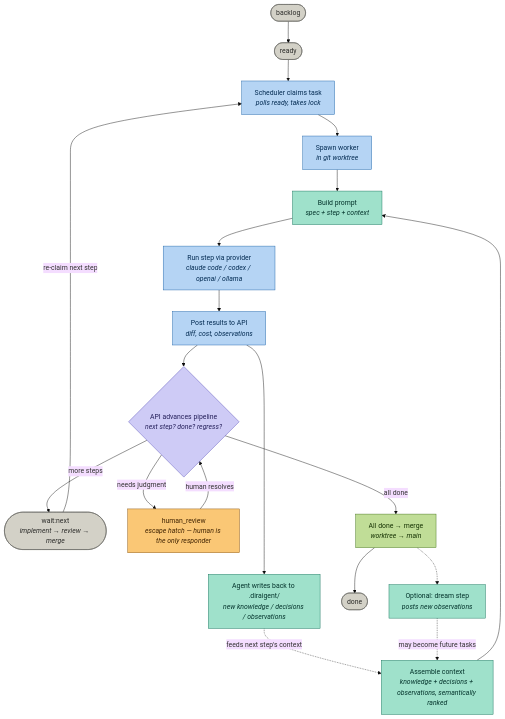
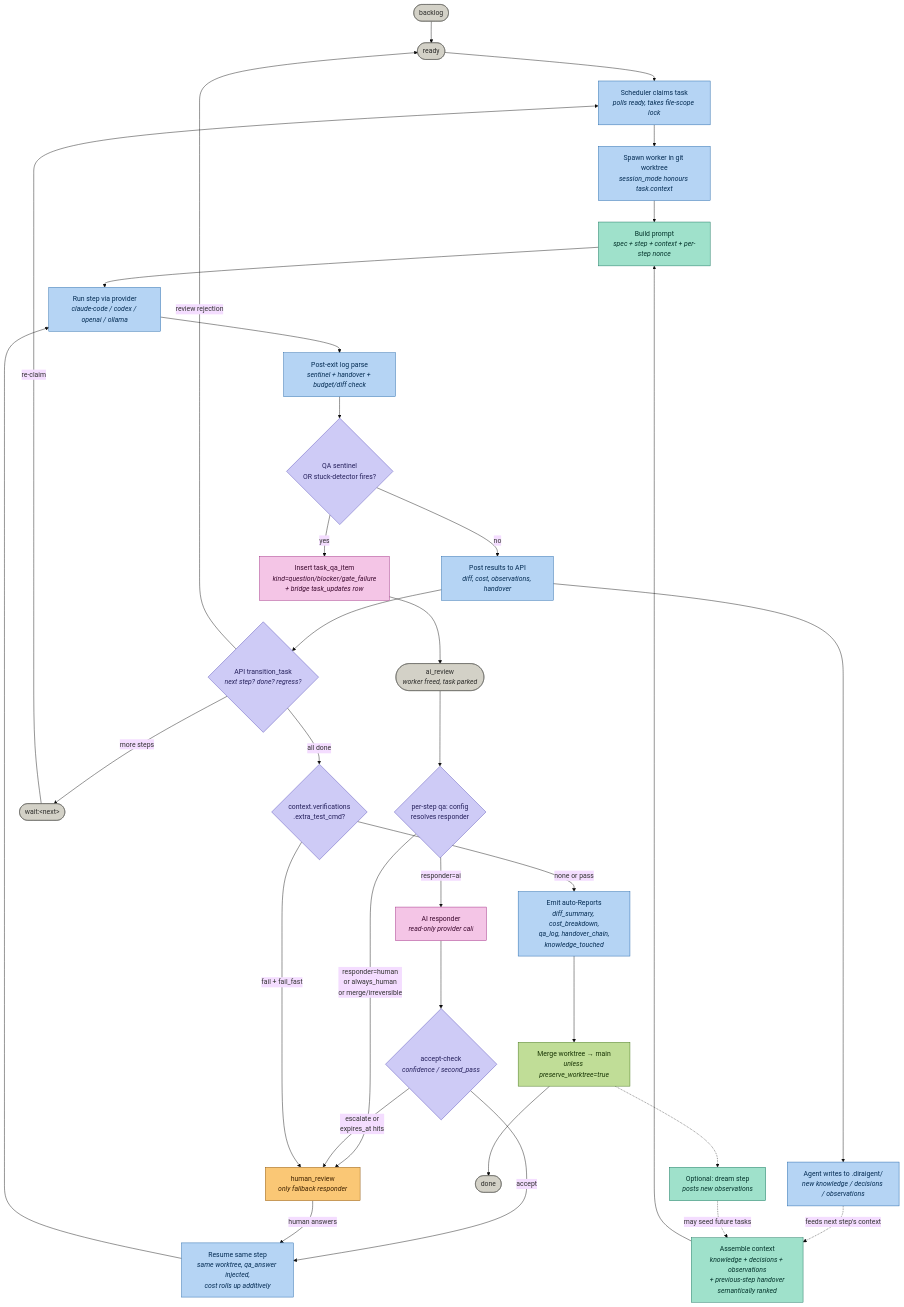
The first of 2 diagrams in diraigent-overview.md (NubeDev/agent-less), drawn with Mermaid (base theme) before and after one commit. The commit also changed other lines of this file and 1 other file, not shown here.

````diff
--- a/diraigent-overview.md
+++ b/diraigent-overview.md
@@ -11,39 +15,57 @@
 ```mermaid
 flowchart TD
     backlog([backlog]) --> ready([ready])
-    ready --> claim["Scheduler claims task<br/><i>polls ready, takes lock</i>"]
-    claim --> spawn["Spawn worker<br/><i>in git worktree</i>"]
+    ready --> claim["Scheduler claims task<br/><i>polls ready, takes file-scope lock</i>"]
+    claim --> spawn["Spawn worker in git worktree<br/><i>session_mode honours task.context</i>"]
 
-    ctx["Assemble context<br/><i>knowledge + decisions + observations, semantically ranked</i>"] --> prompt["Build prompt<br/><i>spec + step + context</i>"]
+    ctx["Assemble context<br/><i>knowledge + decisions + observations<br/>+ previous-step handover<br/>semantically ranked</i>"] --> prompt["Build prompt<br/><i>spec + step + context + per-step nonce</i>"]
     spawn --> prompt
-    prompt --> run["Run step via provider<br/><i>claude code / codex / openai / ollama</i>"]
-    run --> post["Post results to API<br/><i>diff, cost, observations</i>"]
+    prompt --> run["Run step via provider<br/><i>claude-code / codex / openai / ollama</i>"]
+    run --> postexit["Post-exit log parse<br/><i>sentinel + handover + budget/diff check</i>"]
 
-    post --> writeback["Agent writes back to .diraigent/<br/><i>new knowledge / decisions / observations</i>"]
-    writeback -. "feeds next step's context" .-> ctx
+    postexit --> qaDetect{"QA sentinel<br/>OR stuck-detector fires?"}
+    qaDetect -- "no" --> writeback["Post results to API<br/><i>diff, cost, observations, handover</i>"]
+    qaDetect -- "yes" --> qaItem["Insert task_qa_item<br/><i>kind=question/blocker/gate_failure<br/>+ bridge task_updates row</i>"]
 
-    post --> advance{"API advances pipeline<br/><i>next step? done? regress?</i>"}
-    advance -- "more steps" --> waitnext(["wait:next<br/><i>implement → review → merge</i>"])
-    waitnext -- "re-claim next step" --> claim
-    advance -- "needs judgment" --> human["human_review<br/><i>escape hatch — human is the only responder</i>"]
-    human -- "human resolves" --> advance
-    advance -- "all done" --> merge["All done → merge<br/><i>worktree → main</i>"]
+    qaItem --> aireview(["ai_review<br/><i>worker freed, task parked</i>"])
+    aireview --> qaConfig{"per-step qa: config<br/>resolves responder"}
+    qaConfig -- "responder=ai" --> air["AI responder<br/><i>read-only provider call</i>"]
+    qaConfig -- "responder=human<br/>or always_human<br/>or merge/irreversible" --> human
+    air --> accept{"accept-check<br/><i>confidence / second_pass</i>"}
+    accept -- "accept" --> resume["Resume same step<br/><i>same worktree, qa_answer injected,<br/>cost rolls up additively</i>"]
+    accept -- "escalate or<br/>expires_at hits" --> human["human_review<br/><i>only fallback responder</i>"]
+    human -- "human answers" --> resume
+    resume --> run
+
+    writeback --> writebackRepo["Agent writes to .diraigent/<br/><i>new knowledge / decisions / observations</i>"]
+    writebackRepo -. "feeds next step's context" .-> ctx
+
+    writeback --> advance{"API transition_task<br/><i>next step? done? regress?</i>"}
+    advance -- "more steps" --> waitnext(["wait:&lt;next&gt;"])
+    waitnext -- "re-claim" --> claim
+    advance -- "review rejection" --> ready
+    advance -- "all done" --> verify{"context.verifications<br/>.extra_test_cmd?"}
+    verify -- "none or pass" --> reports["Emit auto-Reports<br/><i>diff_summary, cost_breakdown,<br/>qa_log, handover_chain,<br/>knowledge_touched</i>"]
+    verify -- "fail + fail_fast" --> human
+    reports --> merge["Merge worktree → main<br/><i>unless preserve_worktree=true</i>"]
     merge --> done([done])
 
     merge -.-> dream["Optional: dream step<br/><i>posts new observations</i>"]
-    dream -. "may become future tasks" .-> ctx
+    dream -. "may seed future tasks" .-> ctx
 
     classDef state fill:#D3D1C7,stroke:#5F5E5A,color:#2C2C2A;
     classDef action fill:#B5D4F4,stroke:#185FA5,color:#042C53;
     classDef context fill:#9FE1CB,stroke:#0F6E56,color:#04342C;
     classDef human fill:#FAC775,stroke:#854F0B,color:#412402;
     classDef result fill:#C0DD97,stroke:#3B6D11,color:#173404;
     classDef decision fill:#CECBF6,stroke:#534AB7,color:#26215C;
+    classDef ai fill:#F4C5E6,stroke:#9A1F7B,color:#3D0A2F;
 
-    class backlog,ready,waitnext,done state;
-    class claim,spawn,run,post action;
-    class ctx,prompt,writeback,dream context;
+    class backlog,ready,waitnext,done,aireview state;
+    class claim,spawn,run,postexit,writeback,writebackRepo,resume,reports action;
+    class ctx,prompt,dream context;
     class human human;
     class merge result;
-    class advance decision;
+    class advance,qaDetect,qaConfig,accept,verify decision;
+    class qaItem,air ai;
 ```
````
